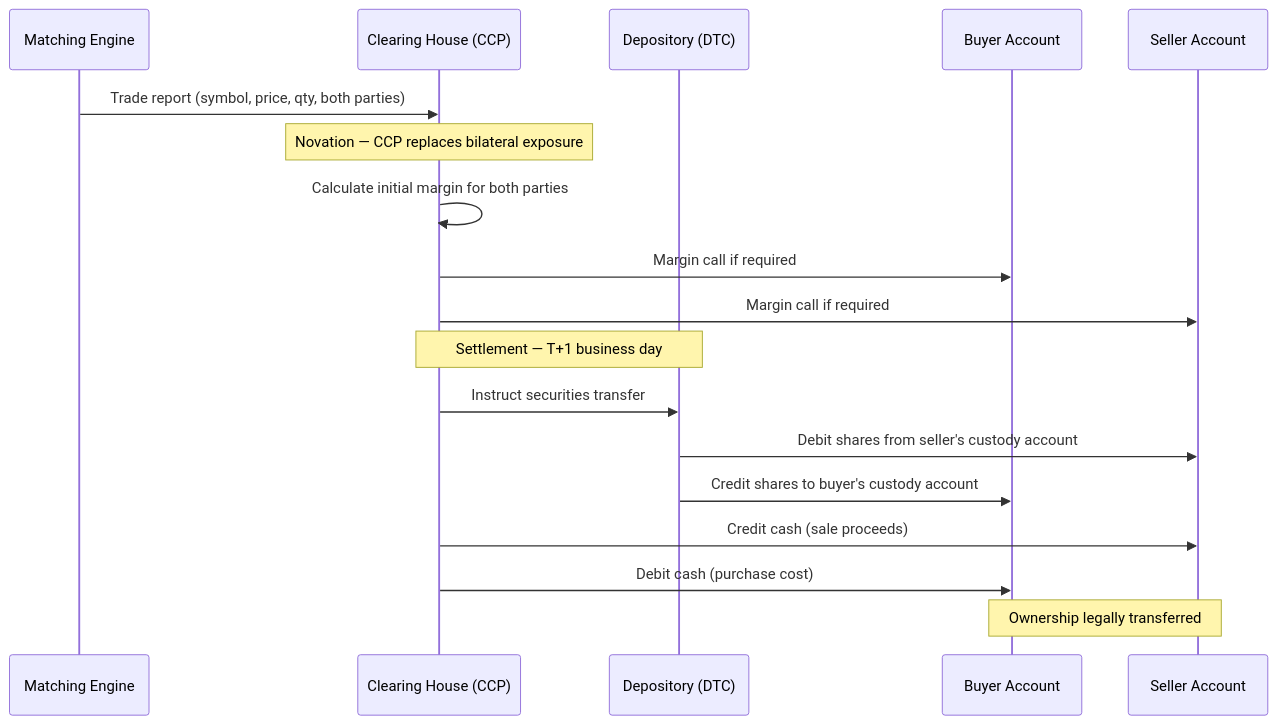
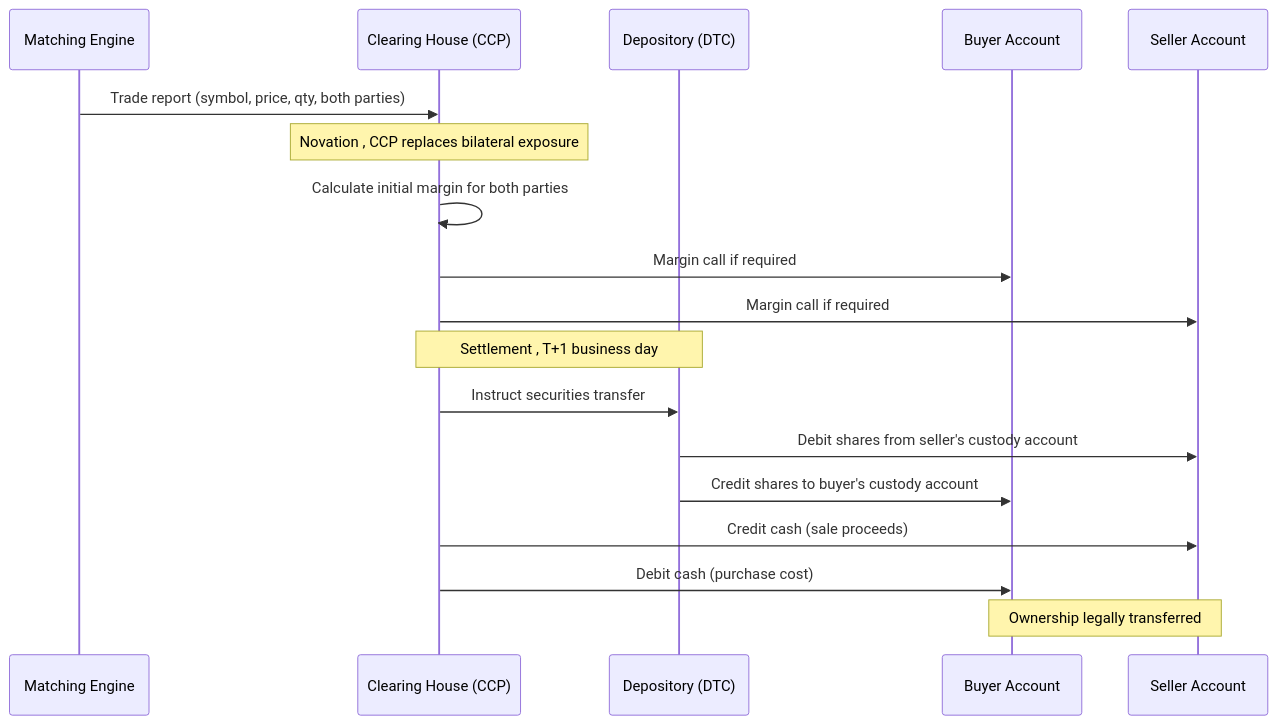
The diagram in docs-exchange-intro/src/03-risk-and-compliance/05-clearing-and-settlement-when-the-trade-becomes-real.md (johan162/EduMatcher), drawn with Mermaid before and after one commit. The commit also changed other lines of this file and 28 other files, not shown here.

````diff
--- a/docs-exchange-intro/src/03-risk-and-compliance/05-clearing-and-settlement-when-the-trade-becomes-real.md
+++ b/docs-exchange-intro/src/03-risk-and-compliance/05-clearing-and-settlement-when-the-trade-becomes-real.md
@@ -8,21 +8,21 @@
 ```mermaid
 sequenceDiagram
     participant ME as Matching Engine
     participant CCP as Clearing House (CCP)
     participant DTC as Depository (DTC)
     participant Buy as Buyer Account
     participant Sell as Seller Account
 
     ME->>CCP: Trade report (symbol, price, qty, both parties)
-    Note over CCP: Novation — CCP replaces bilateral exposure
+    Note over CCP: Novation , CCP replaces bilateral exposure
     CCP->>CCP: Calculate initial margin for both parties
     CCP->>Buy: Margin call if required
     CCP->>Sell: Margin call if required
-    Note over CCP,DTC: Settlement — T+1 business day
+    Note over CCP,DTC: Settlement , T+1 business day
     CCP->>DTC: Instruct securities transfer
     DTC->>Sell: Debit shares from seller's custody account
     DTC->>Buy: Credit shares to buyer's custody account
     CCP->>Sell: Credit cash (sale proceeds)
     CCP->>Buy: Debit cash (purchase cost)
     Note over Buy,Sell: Ownership legally transferred
 ```
````
